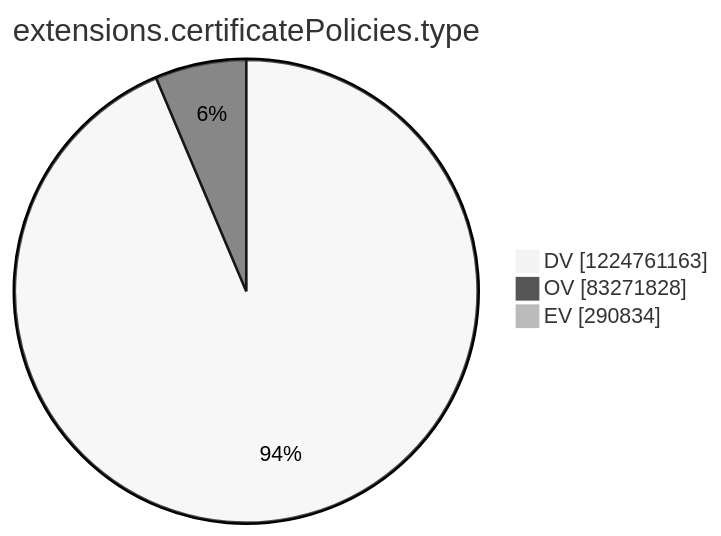
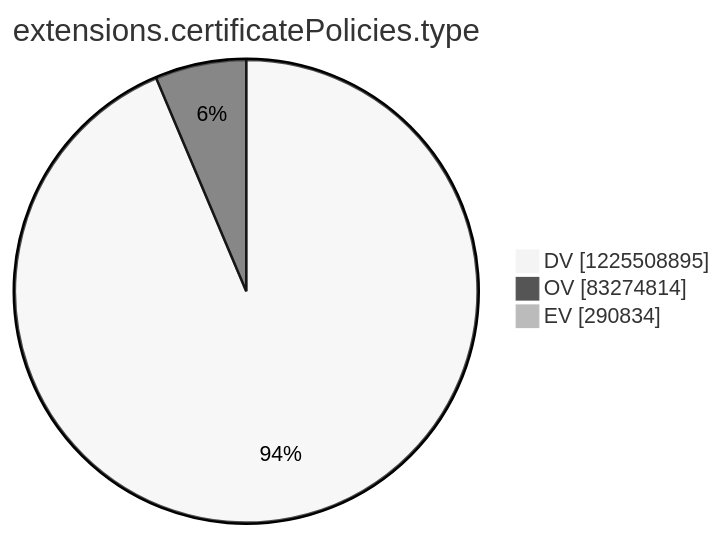
One commit to christiankrug/ctmonitor_visualization changed the tenth of 15 diagrams in argon2022/README.md. Above: the diagram before and after it, drawn with Mermaid (neutral theme). The commit also changed other lines of this file, not shown here.

````diff
--- a/argon2022/README.md
+++ b/argon2022/README.md
@@ -2770,7 +2770,7 @@
 ```mermaid
 pie showData
 title extensions.certificatePolicies.type
-"DV" :1224761163
-"OV" :83271828
+"DV" :1225508895
+"OV" :83274814
 "EV" :290834
 ```
````
